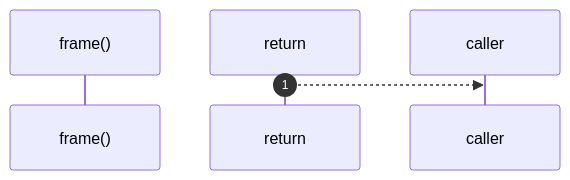
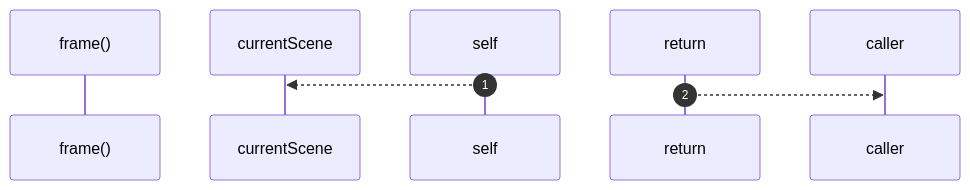
Before and after one commit to RyanGuild/self-describing-code: the diagram in docs/self-model/robby__site/src/viewer/frame.md, drawn with Mermaid. The commit also changed other lines of this file and 747 other files, not shown here.

````diff
--- a/docs/self-model/robby__site/src/viewer/frame.md
+++ b/docs/self-model/robby__site/src/viewer/frame.md
@@ -21,6 +21,8 @@
 ```mermaid
 sequenceDiagram
     autonumber
     participant frame as frame()
+    participant currentScene as currentScene
+    self-->>currentScene: 
     return-->>caller: 
 ```
````
